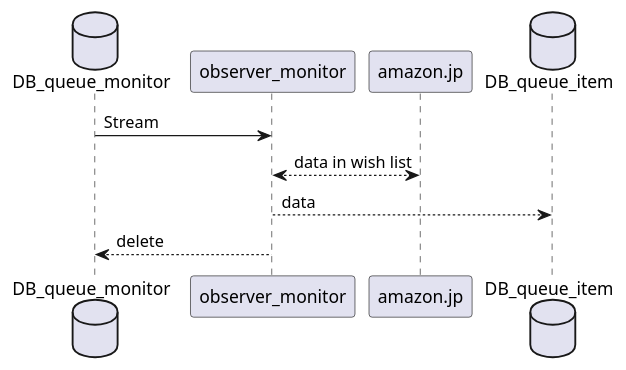
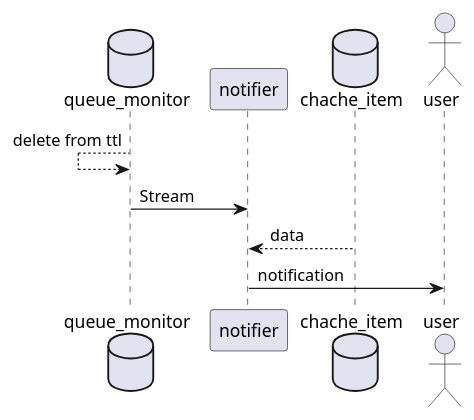
The third of 4 diagrams in docs/design.md (homura10059/find_sale_in_wishlist), drawn with PlantUML before and after one commit. The commit also changed other lines of this file, not shown here.

Commit message:
:recycle: change data model

````diff
--- a/docs/design.md
+++ b/docs/design.md
@@ -104,16 +97,18 @@
 ```puml
 @startuml
 
-database DB_queue_monitor
+database queue_monitor
 
-DB_queue_monitor -> observer_monitor: Stream
+queue_monitor <-- queue_monitor: delete from ttl
 
-observer_monitor <--> amazon.jp: data in wish list
+queue_monitor -> notifier: Stream
 
-database DB_queue_item
+database chache_item
+notifier <-- chache_item: data
 
-observer_monitor --> DB_queue_item: data
 
-DB_queue_monitor <-- observer_monitor: delete
+actor user
+notifier -> user: notification
+
 @enduml
 ```
````
